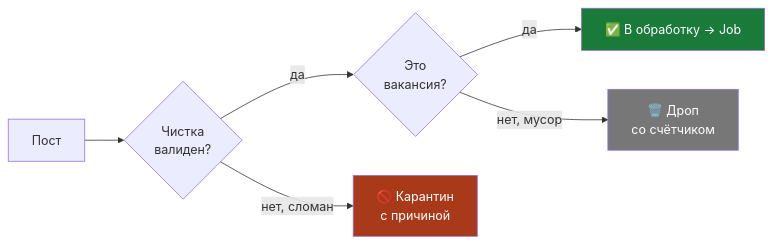
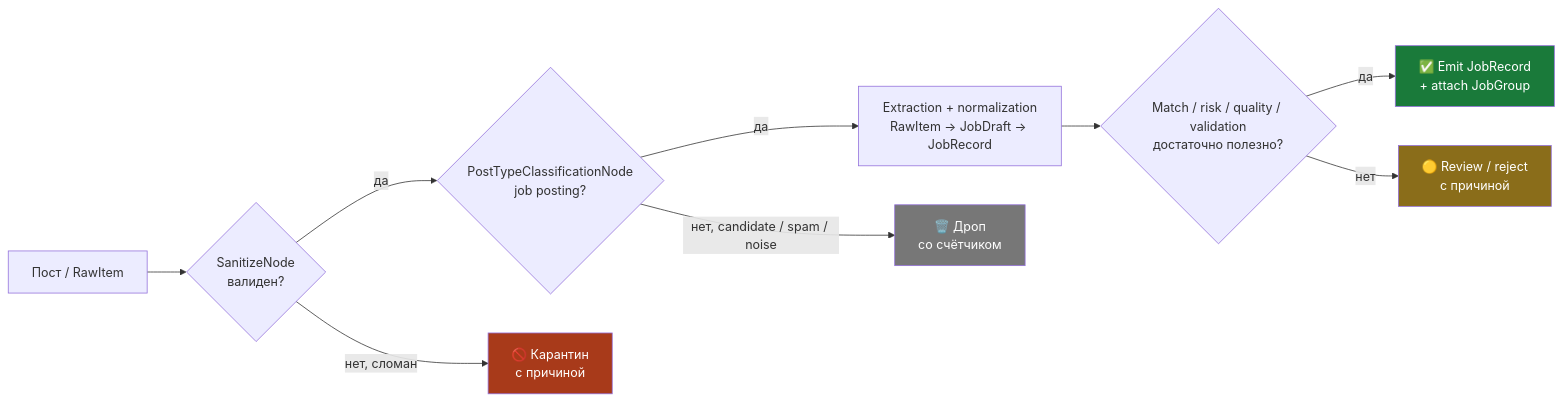
The fourth of 4 diagrams in docs/how_it_works.md (letya999/job_ftch), drawn with Mermaid before and after one commit. The commit also changed other lines of this file and 135 other files, not shown here.

````diff
--- a/docs/how_it_works.md
+++ b/docs/how_it_works.md
@@ -222,12 +222,16 @@
 ```mermaid
 flowchart LR
-    IN["Пост"] --> SAN{"Чистка<br/>валиден?"}
-    SAN -->|"да"| TRI{"Это<br/>вакансия?"}
+    IN["Пост / RawItem"] --> SAN{"SanitizeNode<br/>валиден?"}
+    SAN -->|"да"| CLS{"PostTypeClassificationNode<br/>job posting?"}
     SAN -->|"нет, сломан"| Q["🚫 Карантин<br/>с причиной"]
-    TRI -->|"да"| OUT["✅ В обработку → Job"]
-    TRI -->|"нет, мусор"| DROP["🗑️ Дроп<br/>со счётчиком"]
+    CLS -->|"да"| EXT["Extraction + normalization<br/>RawItem -> JobDraft -> JobRecord"]
+    CLS -->|"нет, candidate / spam / noise"| DROP["🗑️ Дроп<br/>со счётчиком"]
+    EXT --> GATE{"Match / risk / quality / validation<br/>достаточно полезно?"}
+    GATE -->|"да"| OUT["✅ Emit JobRecord<br/>+ attach JobGroup"]
+    GATE -->|"нет"| REV["🟡 Review / reject<br/>с причиной"]
 
     style OUT fill:#1a7a3a,color:#fff
     style Q fill:#a83a1a,color:#fff
     style DROP fill:#777,color:#fff
+    style REV fill:#8a6d1a,color:#fff
 ```
````
